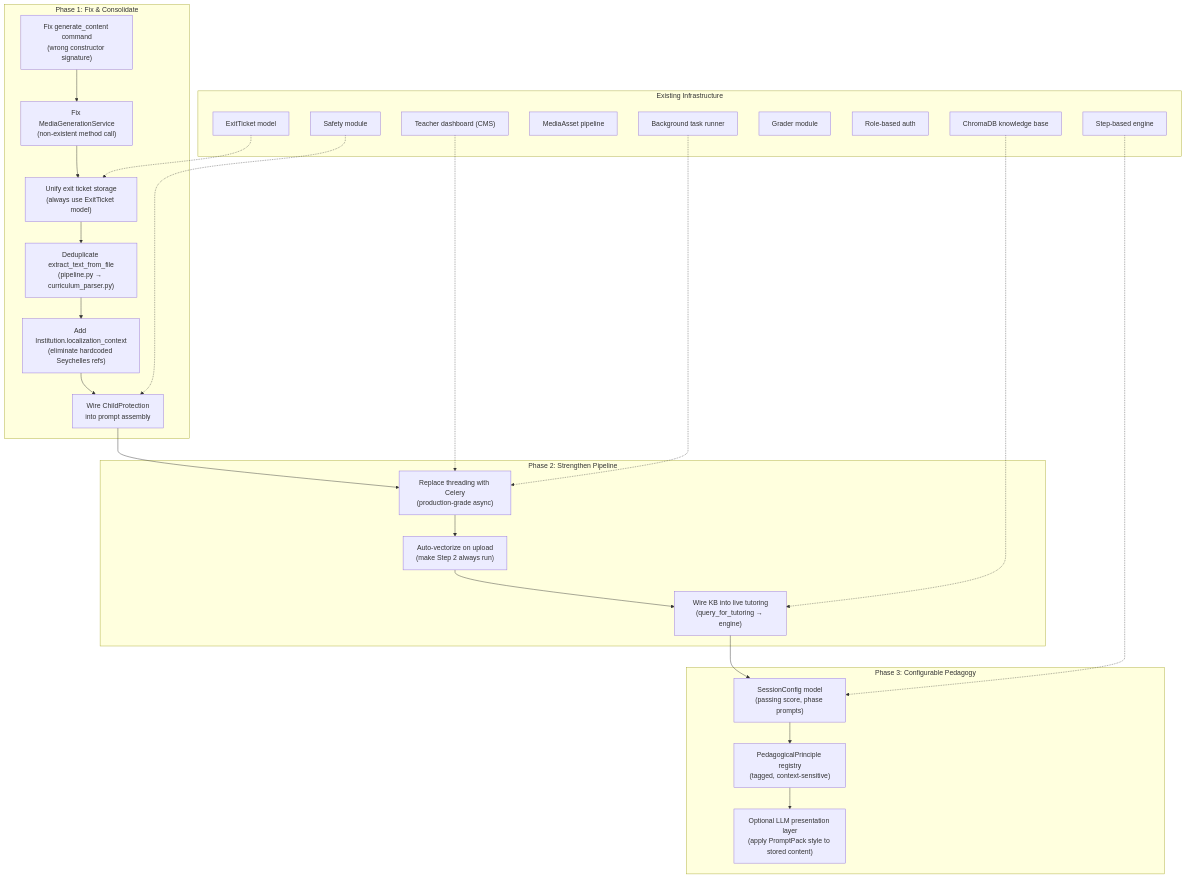
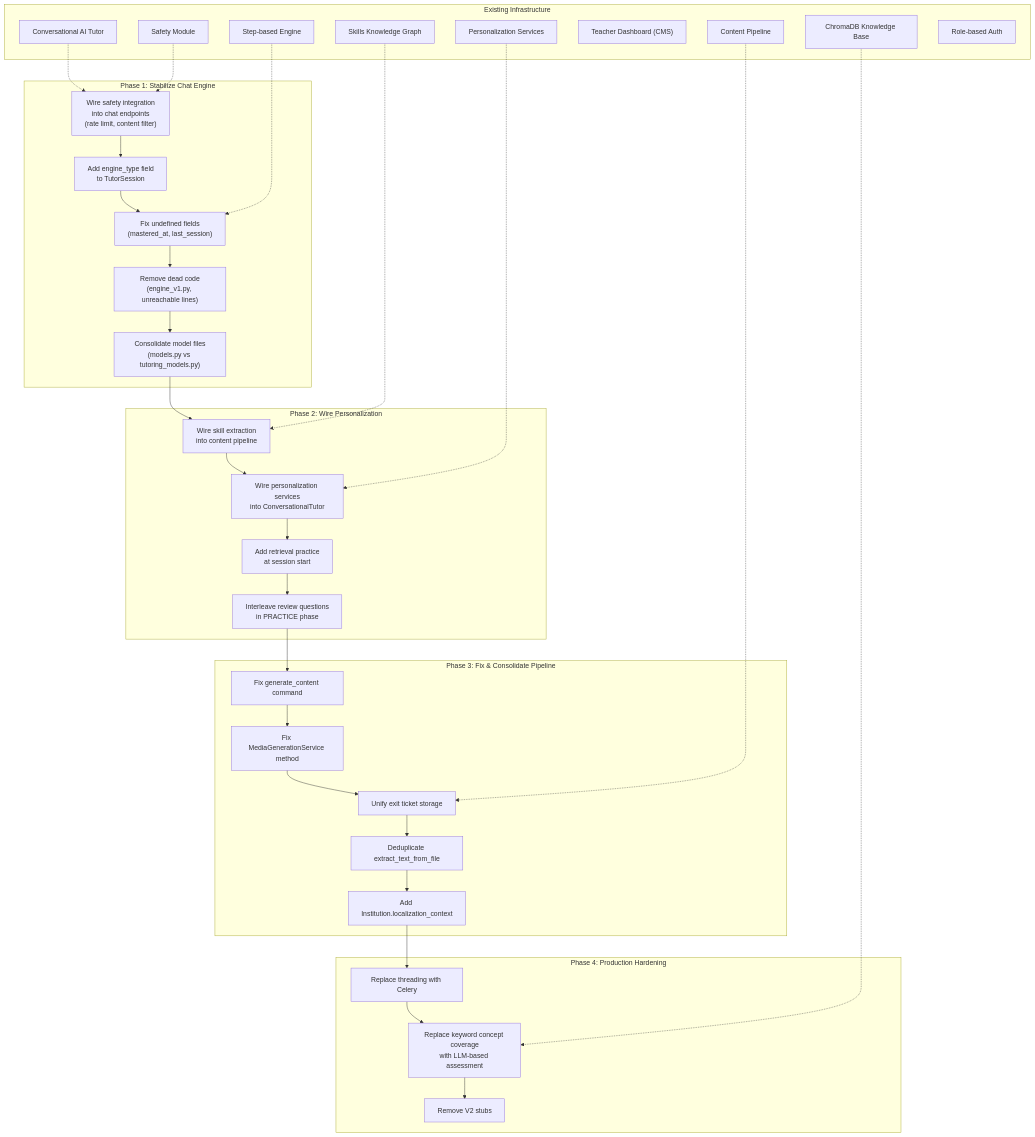
The eighth of 8 diagrams in design/SYSTEM_ARCHITECTURE.md (eai6/ai-tutor), drawn with Mermaid before and after one commit. The commit also changed other lines of this file, not shown here.

Commit message:
Rewrite system architecture doc for dual-engine tutoring system (9bee720)

````diff
--- a/design/SYSTEM_ARCHITECTURE.md
+++ b/design/SYSTEM_ARCHITECTURE.md
@@ -630,46 +991,56 @@
 ```mermaid
 flowchart TD
-    subgraph "Phase 1: Fix & Consolidate"
-        FIX_CMD["Fix generate_content command\n(wrong constructor signature)"]
-        FIX_MEDIA["Fix MediaGenerationService\n(non-existent method call)"]
-        FIX_EXIT["Unify exit ticket storage\n(always use ExitTicket model)"]
-        DEDUP["Deduplicate extract_text_from_file\n(pipeline.py → curriculum_parser.py)"]
-        LOC["Add Institution.localization_context\n(eliminate hardcoded Seychelles refs)"]
-        WIRE_SAFETY["Wire ChildProtection\ninto prompt assembly"]
+    subgraph "Phase 1: Stabilize Chat Engine"
+        SAFETY["Wire safety integration\ninto chat endpoints\n(rate limit, content filter)"]
+        DISC["Add engine_type field\nto TutorSession"]
+        FIELDS["Fix undefined fields\n(mastered_at, last_session)"]
+        DEAD["Remove dead code\n(engine_v1.py, unreachable lines)"]
+        DEDUP_MODELS["Consolidate model files\n(models.py vs tutoring_models.py)"]
     end
 
-    subgraph "Phase 2: Strengthen Pipeline"
-        CELERY["Replace threading with Celery\n(production-grade async)"]
-        VECTORIZE_AUTO["Auto-vectorize on upload\n(make Step 2 always run)"]
-        KB_LIVE["Wire KB into live tutoring\n(query_for_tutoring → engine)"]
+    subgraph "Phase 2: Wire Personalization"
+        WIRE_SKILLS["Wire skill extraction\ninto content pipeline"]
+        WIRE_PERS["Wire personalization services\ninto ConversationalTutor"]
+        RETRIEVAL["Add retrieval practice\nat session start"]
+        INTERLEAVE["Interleave review questions\nin PRACTICE phase"]
     end
 
-    subgraph "Phase 3: Configurable Pedagogy"
-        SCONFIG["SessionConfig model\n(passing score, phase prompts)"]
-        PRINC["PedagogicalPrinciple registry\n(tagged, context-sensitive)"]
-        PRES_LAYER["Optional LLM presentation layer\n(apply PromptPack style to stored content)"]
+    subgraph "Phase 3: Fix & Consolidate Pipeline"
+        FIX_CMD["Fix generate_content command"]
+        FIX_MEDIA["Fix MediaGenerationService method"]
+        FIX_EXIT["Unify exit ticket storage"]
+        DEDUP["Deduplicate extract_text_from_file"]
+        LOC["Add Institution.localization_context"]
     end
 
-    FIX_CMD --> FIX_MEDIA --> FIX_EXIT --> DEDUP --> LOC --> WIRE_SAFETY
-    WIRE_SAFETY --> CELERY --> VECTORIZE_AUTO --> KB_LIVE
-    KB_LIVE --> SCONFIG --> PRINC --> PRES_LAYER
+    subgraph "Phase 4: Production Hardening"
+        CELERY["Replace threading with Celery"]
+        CONCEPT["Replace keyword concept coverage\nwith LLM-based assessment"]
+        CLEANUP["Remove V2 stubs"]
+    end
+
+    SAFETY --> DISC --> FIELDS --> DEAD --> DEDUP_MODELS
+    DEDUP_MODELS --> WIRE_SKILLS --> WIRE_PERS --> RETRIEVAL --> INTERLEAVE
+    INTERLEAVE --> FIX_CMD --> FIX_MEDIA --> FIX_EXIT --> DEDUP --> LOC
+    LOC --> CELERY --> CONCEPT --> CLEANUP
 
     subgraph "Existing Infrastructure"
-        ET["ExitTicket model"]
-        DASH["Teacher dashboard (CMS)"]
-        ENGINE["Step-based engine"]
-        MEDIA["MediaAsset pipeline"]
-        SAFETY["Safety module"]
-        GRADER["Grader module"]
-        AUTH["Role-based auth"]
-        KB["ChromaDB knowledge base"]
-        BG["Background task runner"]
+        CHAT["Conversational AI Tutor"]
+        STEP["Step-based Engine"]
+        SKILLS["Skills Knowledge Graph"]
+        PERS["Personalization Services"]
+        PIPE["Content Pipeline"]
+        DASH["Teacher Dashboard (CMS)"]
+        KB["ChromaDB Knowledge Base"]
+        SAFETY_MOD["Safety Module"]
+        AUTH["Role-based Auth"]
     end
 
-    ET -.-> FIX_EXIT
-    DASH -.-> CELERY
-    ENGINE -.-> SCONFIG
-    SAFETY -.-> WIRE_SAFETY
-    KB -.-> KB_LIVE
-    BG -.-> CELERY
+    CHAT -.-> SAFETY
+    STEP -.-> FIELDS
+    SKILLS -.-> WIRE_SKILLS
+    PERS -.-> WIRE_PERS
+    PIPE -.-> FIX_EXIT
+    SAFETY_MOD -.-> SAFETY
+    KB -.-> CONCEPT
 ```
````
